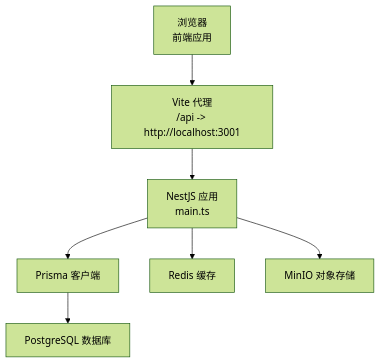
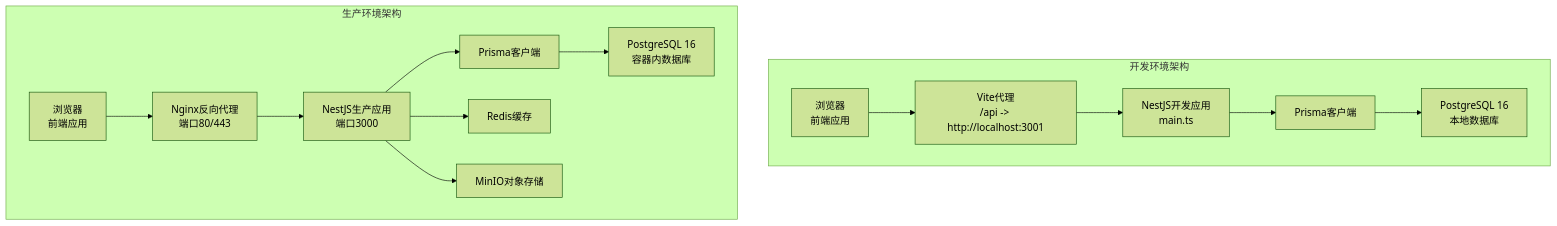
One commit to LouisFantansy/Budget_Mgt_Enterprise changed the third of 7 diagrams in .qoder/repowiki/zh/content/快速开始.md. Above: the diagram before and after it, drawn with Mermaid (forest theme). The commit also changed other lines of this file and 10 other files, not shown here.

````diff
--- a/.qoder/repowiki/zh/content/快速开始.md
+++ b/.qoder/repowiki/zh/content/快速开始.md
@@ -102,9 +284,17 @@
 ```mermaid
 graph TB
-Browser["浏览器<br/>前端应用"] --> Proxy["Vite 代理<br/>/api -> http://localhost:3001"]
-Proxy --> NestApp["NestJS 应用<br/>main.ts"]
-NestApp --> Prisma["Prisma 客户端"]
-Prisma --> DB["PostgreSQL 数据库"]
-NestApp --> Redis["Redis 缓存"]
-NestApp --> MinIO["MinIO 对象存储"]
+subgraph "开发环境架构"
+DEV_BROWSER["浏览器<br/>前端应用"] --> DEV_PROXY["Vite代理<br/>/api -> http://localhost:3001"]
+DEV_PROXY --> DEV_NEST["NestJS开发应用<br/>main.ts"]
+DEV_NEST --> DEV_PRISMA["Prisma客户端"]
+DEV_PRISMA --> DEV_DB["PostgreSQL 16<br/>本地数据库"]
+end
+subgraph "生产环境架构"
+PROD_BROWSER["浏览器<br/>前端应用"] --> PROD_NGINX["Nginx反向代理<br/>端口80/443"]
+PROD_NGINX --> PROD_NEST["NestJS生产应用<br/>端口3000"]
+PROD_NEST --> PROD_PRISMA["Prisma客户端"]
+PROD_PRISMA --> PROD_DB["PostgreSQL 16<br/>容器内数据库"]
+PROD_NEST --> PROD_REDIS["Redis缓存"]
+PROD_NEST --> PROD_MINIO["MinIO对象存储"]
+end
 ```
````
